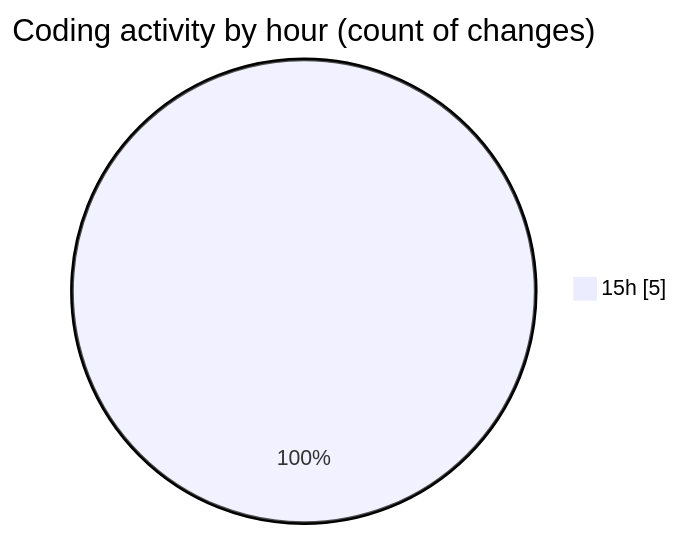
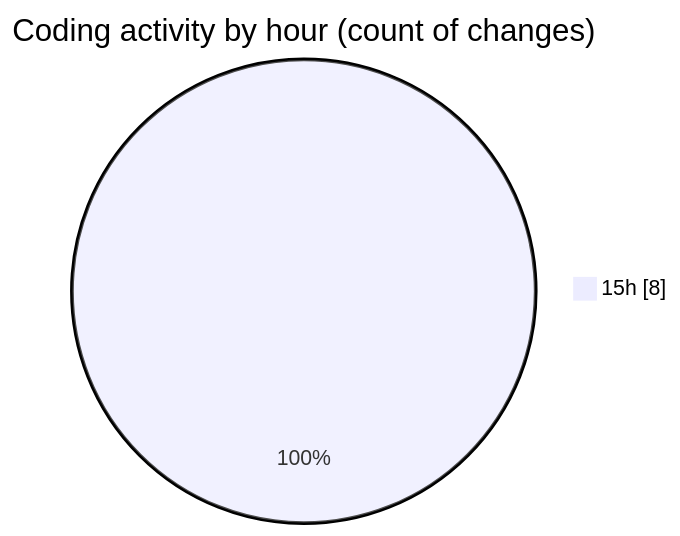
The second of 2 diagrams in 2025-02-04/mbc-web/README.md (robertbonfada/code-tracking), drawn with Mermaid before and after one commit. The commit also changed other lines of this file and 1 other file, not shown here.

````diff
--- a/2025-02-04/mbc-web/README.md
+++ b/2025-02-04/mbc-web/README.md
@@ -29,5 +30,5 @@
 ```mermaid
 pie showData
 title Coding activity by hour (count of changes)
-"15h" : 5
+"15h" : 8
 ```
````
